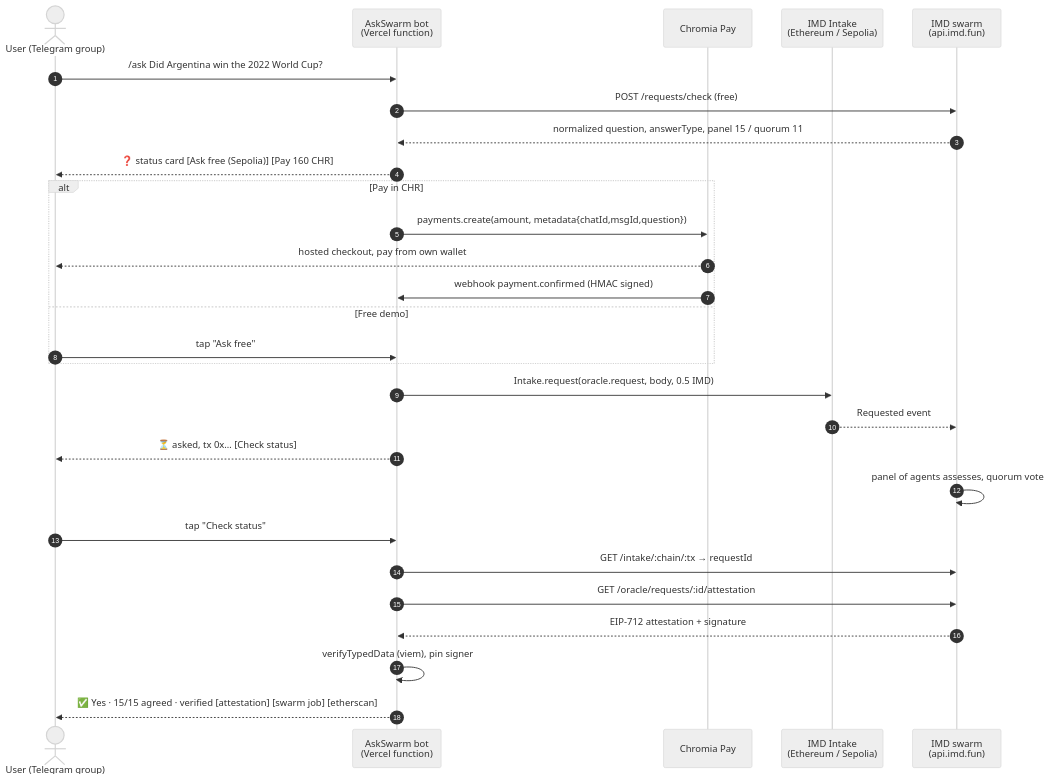
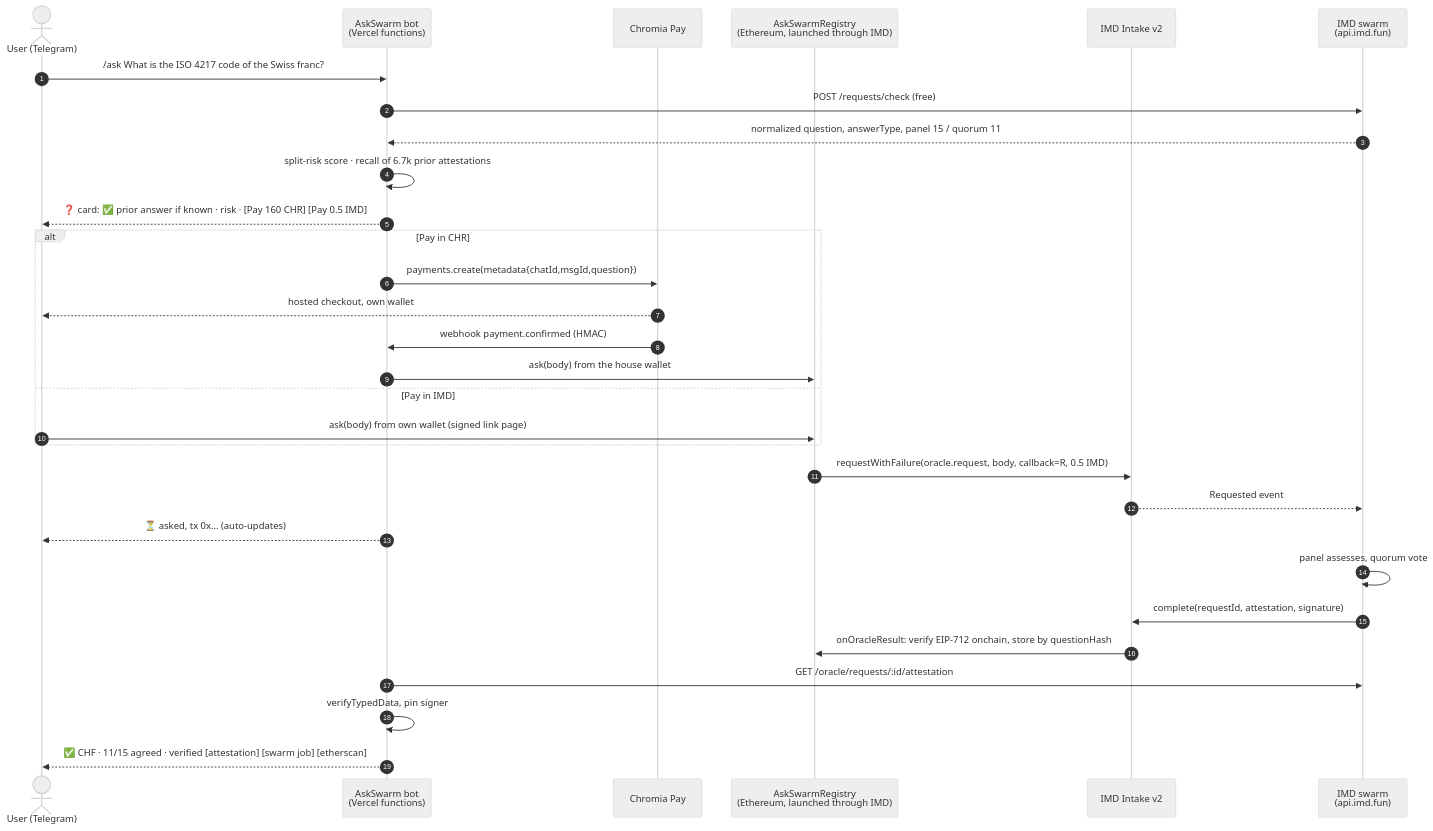
Before and after one commit to ChromiaAgents/askswarm: the first of 3 diagrams in README.md, drawn with Mermaid (neutral theme). The commit also changed other lines of this file and 2 other files, not shown here.

Commit message:
docs: README flow and layout for the registry and free tiers; infographic re-rendered

````diff
--- a/README.md
+++ b/README.md
@@ -13,31 +13,33 @@
 ```mermaid
 sequenceDiagram
     autonumber
-    actor U as User (Telegram group)
-    participant B as AskSwarm bot<br/>(Vercel function)
+    actor U as User (Telegram)
+    participant B as AskSwarm bot<br/>(Vercel functions)
     participant P as Chromia Pay
-    participant I as IMD Intake<br/>(Ethereum / Sepolia)
+    participant R as AskSwarmRegistry<br/>(Ethereum, launched through IMD)
+    participant I as IMD Intake v2
     participant S as IMD swarm<br/>(api.imd.fun)
 
-    U->>B: /ask Did Argentina win the 2022 World Cup?
+    U->>B: /ask What is the ISO 4217 code of the Swiss franc?
     B->>S: POST /requests/check (free)
     S-->>B: normalized question, answerType, panel 15 / quorum 11
-    B-->>U: ❓ status card  [Ask free (Sepolia)] [Pay 160 CHR]
+    B->>B: split-risk score · recall of 6.7k prior attestations
+    B-->>U: ❓ card: ✅ prior answer if known · risk · [Pay 160 CHR] [Pay 0.5 IMD]
     alt Pay in CHR
-        B->>P: payments.create(amount, metadata{chatId,msgId,question})
-        P-->>U: hosted checkout, pay from own wallet
-        P->>B: webhook payment.confirmed (HMAC signed)
-    else Free demo
-        U->>B: tap "Ask free"
+        B->>P: payments.create(metadata{chatId,msgId,question})
+        P-->>U: hosted checkout, own wallet
+        P->>B: webhook payment.confirmed (HMAC)
+        B->>R: ask(body) from the house wallet
+    else Pay in IMD
+        U->>R: ask(body) from own wallet (signed link page)
     end
-    B->>I: Intake.request(oracle.request, body, 0.5 IMD)
+    R->>I: requestWithFailure(oracle.request, body, callback=R, 0.5 IMD)
     I-->>S: Requested event
-    B-->>U: ⏳ asked, tx 0x…  [Check status]
-    S->>S: panel of agents assesses, quorum vote
-    U->>B: tap "Check status"
-    B->>S: GET /intake/:chain/:tx → requestId
+    B-->>U: ⏳ asked, tx 0x…  (auto-updates)
+    S->>S: panel assesses, quorum vote
+    S->>I: complete(requestId, attestation, signature)
+    I->>R: onOracleResult: verify EIP-712 onchain, store by questionHash
     B->>S: GET /oracle/requests/:id/attestation
-    S-->>B: EIP-712 attestation + signature
-    B->>B: verifyTypedData (viem), pin signer
-    B-->>U: ✅ Yes · 15/15 agreed · verified  [attestation] [swarm job] [etherscan]
+    B->>B: verifyTypedData, pin signer
+    B-->>U: ✅ CHF · 11/15 agreed · verified  [attestation] [swarm job] [etherscan]
 ```
````
